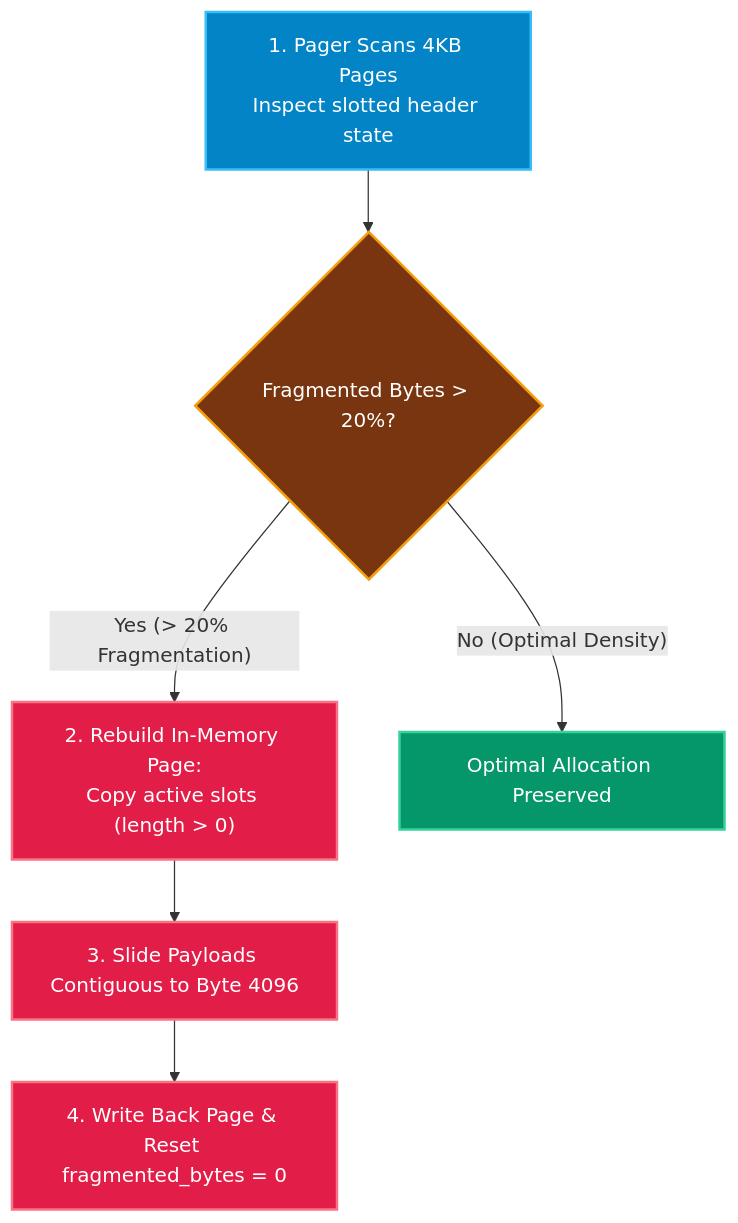
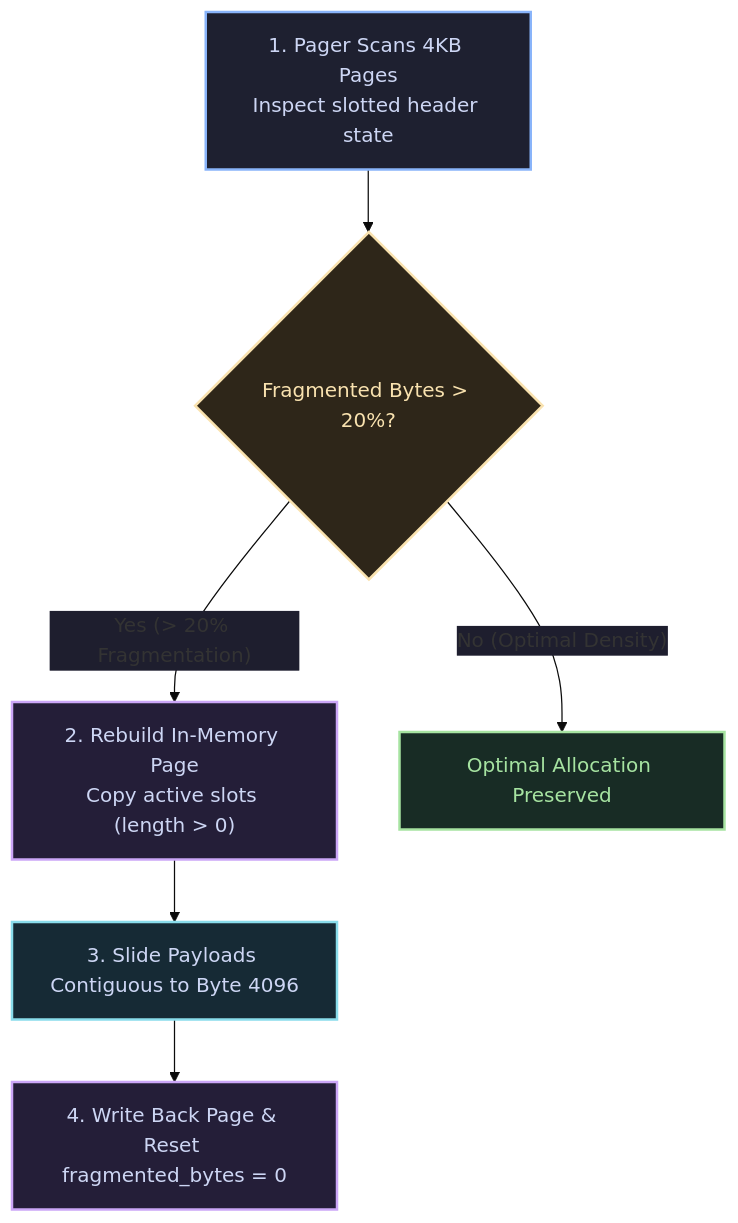
The diagram in docs/operations/backup-recovery.md (KAAZamapiloT/QUARTZ_DB), drawn with Mermaid before and after one commit. The commit also changed 18 other files, not shown here.

````diff
--- a/docs/operations/backup-recovery.md
+++ b/docs/operations/backup-recovery.md
@@ -61,13 +61,16 @@
 ```mermaid
+%%{init: {'theme': 'base', 'themeVariables': {'edgeLabelBackground': '#1e1e2e', 'tertiaryTextColor': '#cdd6f4'}}}%%
 flowchart TD
-    classDef stepScan fill:#0284c7,stroke:#38bdf8,stroke-width:2px,color:#ffffff;
-    classDef stepCheck fill:#78350f,stroke:#f59e0b,stroke-width:2px,color:#ffffff;
-    classDef stepAct fill:#e11d48,stroke:#fb7185,stroke-width:2px,color:#ffffff;
-    classDef stepOk fill:#059669,stroke:#34d399,stroke-width:2px,color:#ffffff;
+    classDef entry fill:#1e2030,stroke:#89b4fa,stroke-width:2px,color:#cdd6f4;
+    classDef guard fill:#2e2619,stroke:#f9e2af,stroke-width:2px,color:#f9e2af;
+    classDef success fill:#182c25,stroke:#a6e3a1,stroke-width:2px,color:#a6e3a1;
+    classDef error fill:#331c24,stroke:#f38ba8,stroke-width:2px,color:#f38ba8;
+    classDef disk fill:#241e38,stroke:#cba6f7,stroke-width:2px,color:#cdd6f4;
+    classDef shared fill:#162a35,stroke:#89dceb,stroke-width:2px,color:#cdd6f4;
 
-    Scan["1. Pager Scans 4KB Pages<br>Inspect slotted header state"]:::stepScan --> CheckFrag{"Fragmented Bytes &gt; 20%?"}:::stepCheck
-    CheckFrag -- "Yes (&gt; 20% Fragmentation)" --> CompactPass["2. Rebuild In-Memory Page:<br>Copy active slots (length &gt; 0)"]:::stepAct
-    CompactPass --> Slide["3. Slide Payloads Contiguous to Byte 4096"]:::stepAct
-    Slide --> ZeroFrag["4. Write Back Page &amp; Reset fragmented_bytes = 0"]:::stepAct
-    CheckFrag -- "No (Optimal Density)" --> Retain["Optimal Allocation Preserved"]:::stepOk
+    Scan["1. Pager Scans 4KB Pages<br/>Inspect slotted header state"]:::entry --> CheckFrag{"Fragmented Bytes &gt; 20%?"}:::guard
+    CheckFrag -- "Yes (&gt; 20% Fragmentation)" --> CompactPass["2. Rebuild In-Memory Page<br/>Copy active slots (length &gt; 0)"]:::disk
+    CompactPass --> Slide["3. Slide Payloads Contiguous to Byte 4096"]:::shared
+    Slide --> ZeroFrag["4. Write Back Page &amp; Reset fragmented_bytes = 0"]:::disk
+    CheckFrag -- "No (Optimal Density)" --> Retain["Optimal Allocation Preserved"]:::success
 ```
````
